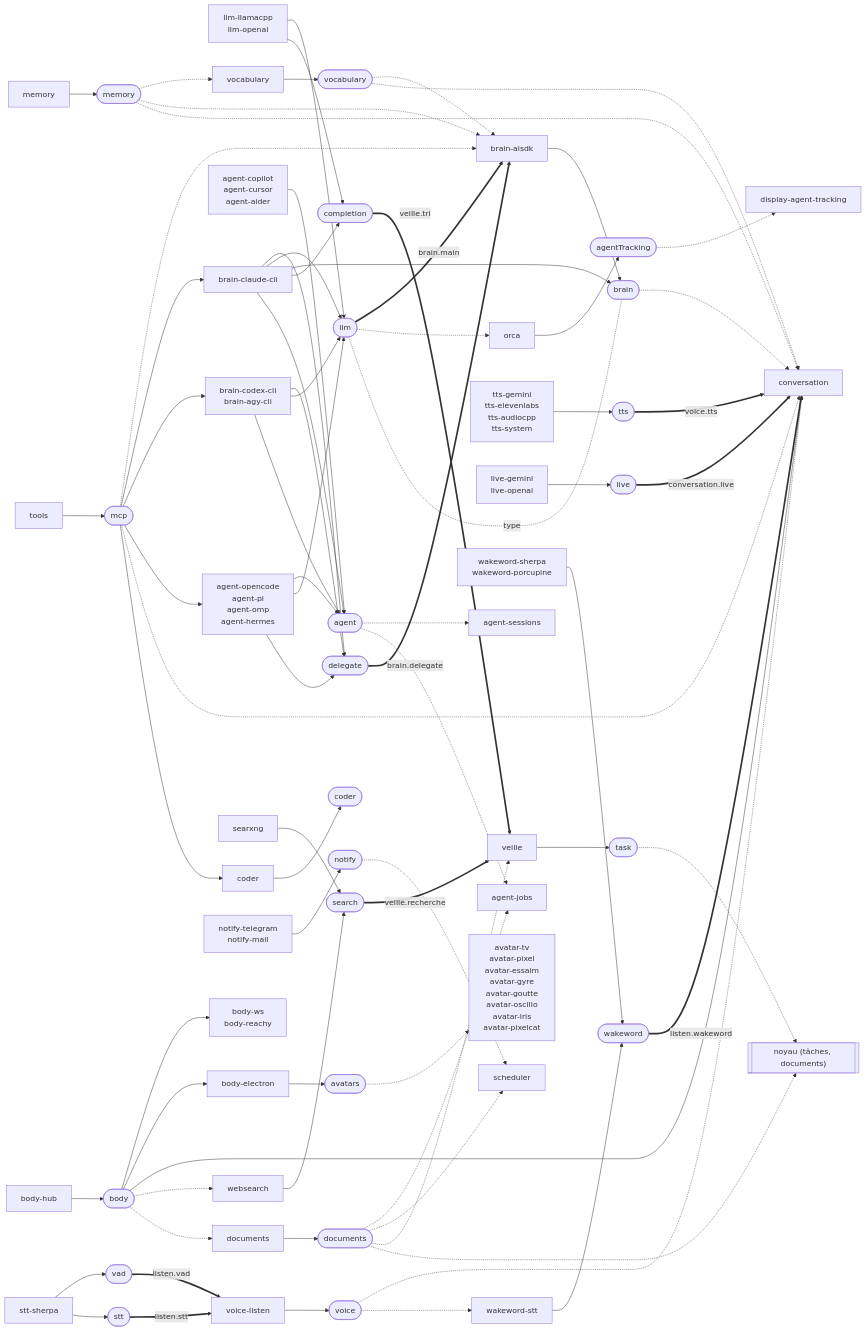
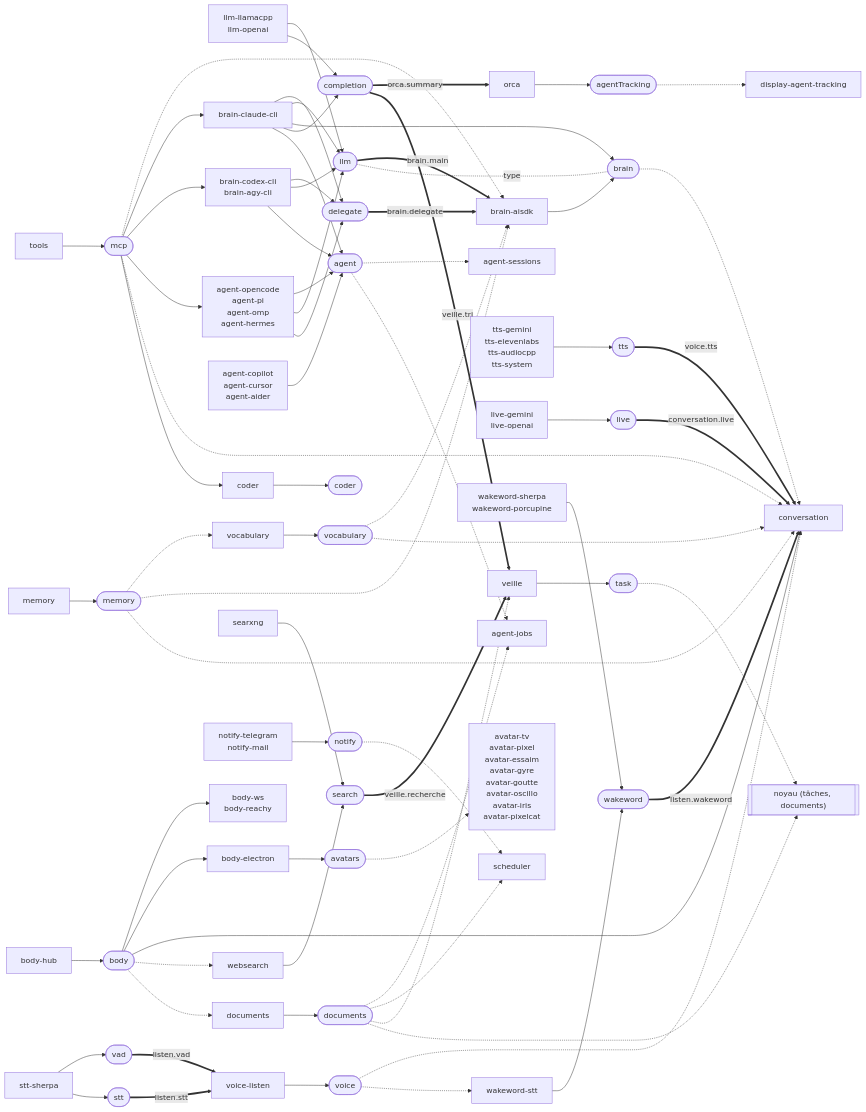
One commit to gleborgne/floppy changed the second of 6 diagrams in docs/spec/noyau.md. Above: the diagram before and after it, drawn with Mermaid. The commit also changed other lines of this file and 17 other files, not shown here.

```diff
--- a/docs/spec/noyau.md
+++ b/docs/spec/noyau.md
@@ -137,7 +137,7 @@
   s_wakeword == "listen.wakeword" ==> p_conversation
   p_orca["orca"]
   p_orca --> s_agentTracking
-  s_llm -.-> p_orca
+  s_completion == "orca.summary" ==> p_orca
   p_websearch["websearch"]
   p_websearch --> s_search
   s_body -.-> p_websearch
```
